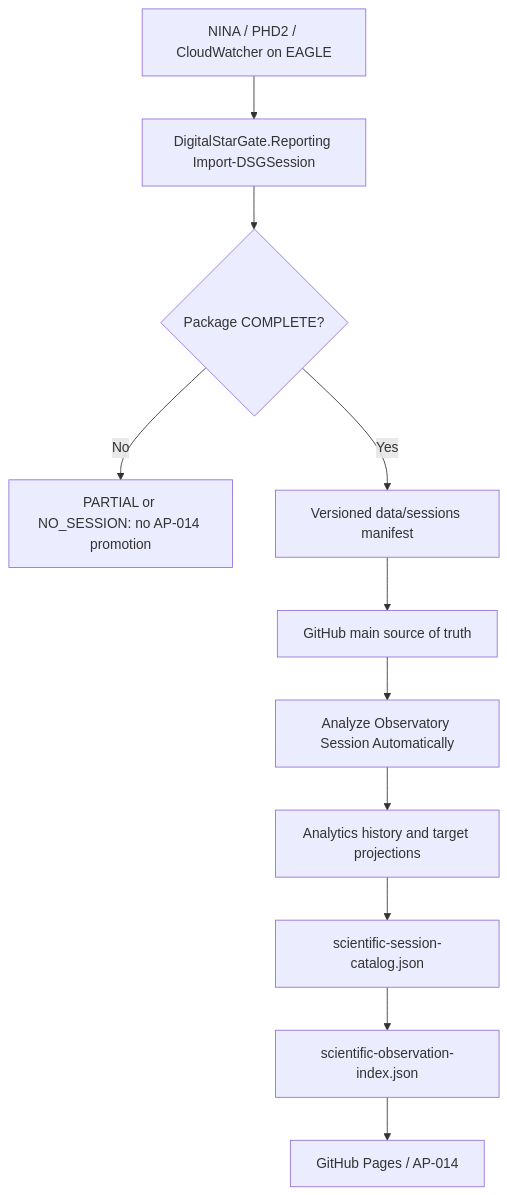
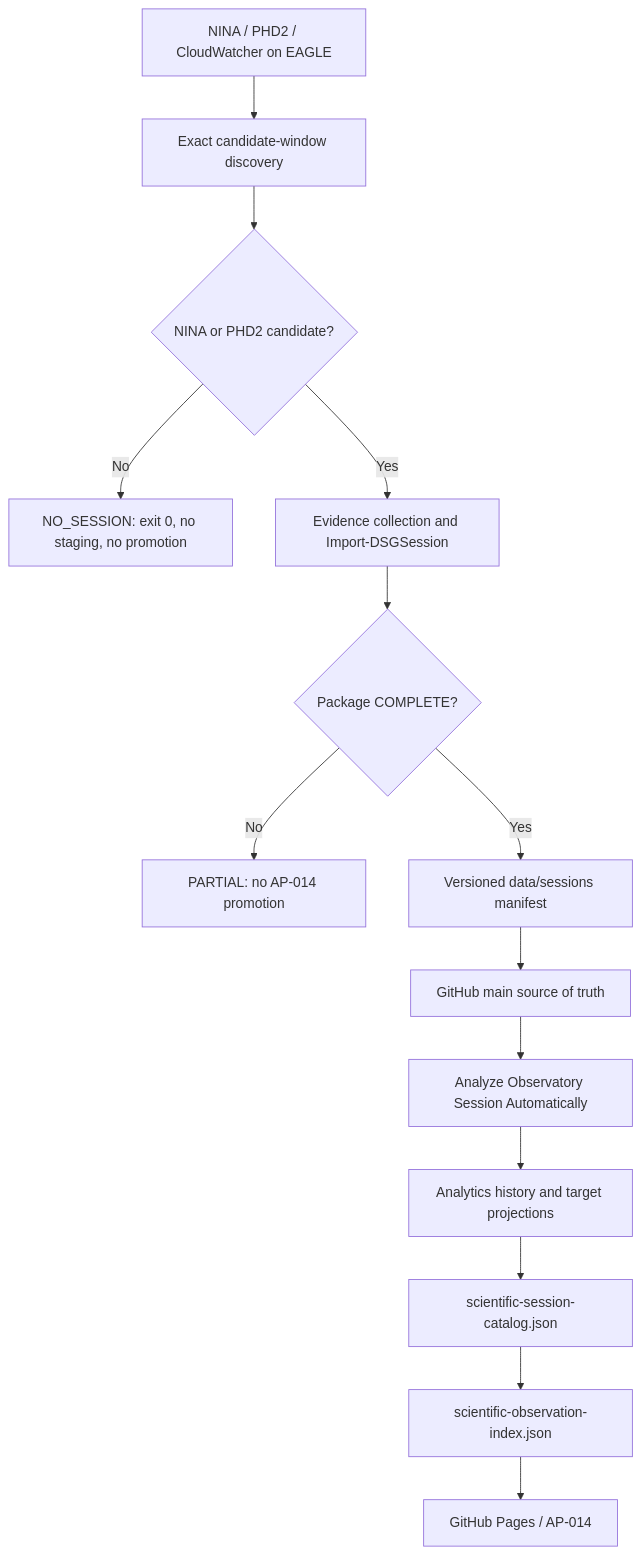
Before and after one commit to maininimassimo-bit/digital-stargate-manual: the diagram in docs/architecture/validation/AP14-W07-EAGLE-Session-Package-Producer.md, drawn with Mermaid. The commit also changed other lines of this file, not shown here.

Commit message:
docs(ap14): align session producer with validated runtime

````diff
--- a/docs/architecture/validation/AP14-W07-EAGLE-Session-Package-Producer.md
+++ b/docs/architecture/validation/AP14-W07-EAGLE-Session-Package-Producer.md
@@ -46,13 +51,16 @@
 ```mermaid
 flowchart TD
-    A[NINA / PHD2 / CloudWatcher on EAGLE] --> B[DigitalStarGate.Reporting Import-DSGSession]
-    B --> C{Package COMPLETE?}
-    C -- No --> D[PARTIAL or NO_SESSION: no AP-014 promotion]
-    C -- Yes --> E[Versioned data/sessions manifest]
-    E --> F[GitHub main source of truth]
-    F --> G[Analyze Observatory Session Automatically]
-    G --> H[Analytics history and target projections]
-    H --> I[scientific-session-catalog.json]
-    I --> J[scientific-observation-index.json]
-    J --> K[GitHub Pages / AP-014]
+    A[NINA / PHD2 / CloudWatcher on EAGLE] --> B[Exact candidate-window discovery]
+    B --> C{NINA or PHD2 candidate?}
+    C -- No --> D[NO_SESSION: exit 0, no staging, no promotion]
+    C -- Yes --> E[Evidence collection and Import-DSGSession]
+    E --> F{Package COMPLETE?}
+    F -- No --> G[PARTIAL: no AP-014 promotion]
+    F -- Yes --> H[Versioned data/sessions manifest]
+    H --> I[GitHub main source of truth]
+    I --> J[Analyze Observatory Session Automatically]
+    J --> K[Analytics history and target projections]
+    K --> L[scientific-session-catalog.json]
+    L --> M[scientific-observation-index.json]
+    M --> N[GitHub Pages / AP-014]
 ```
````
